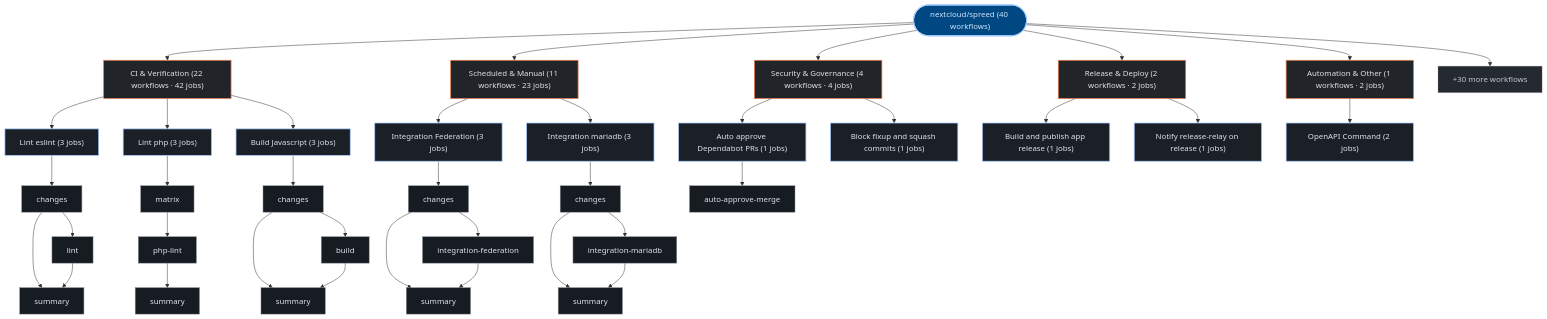
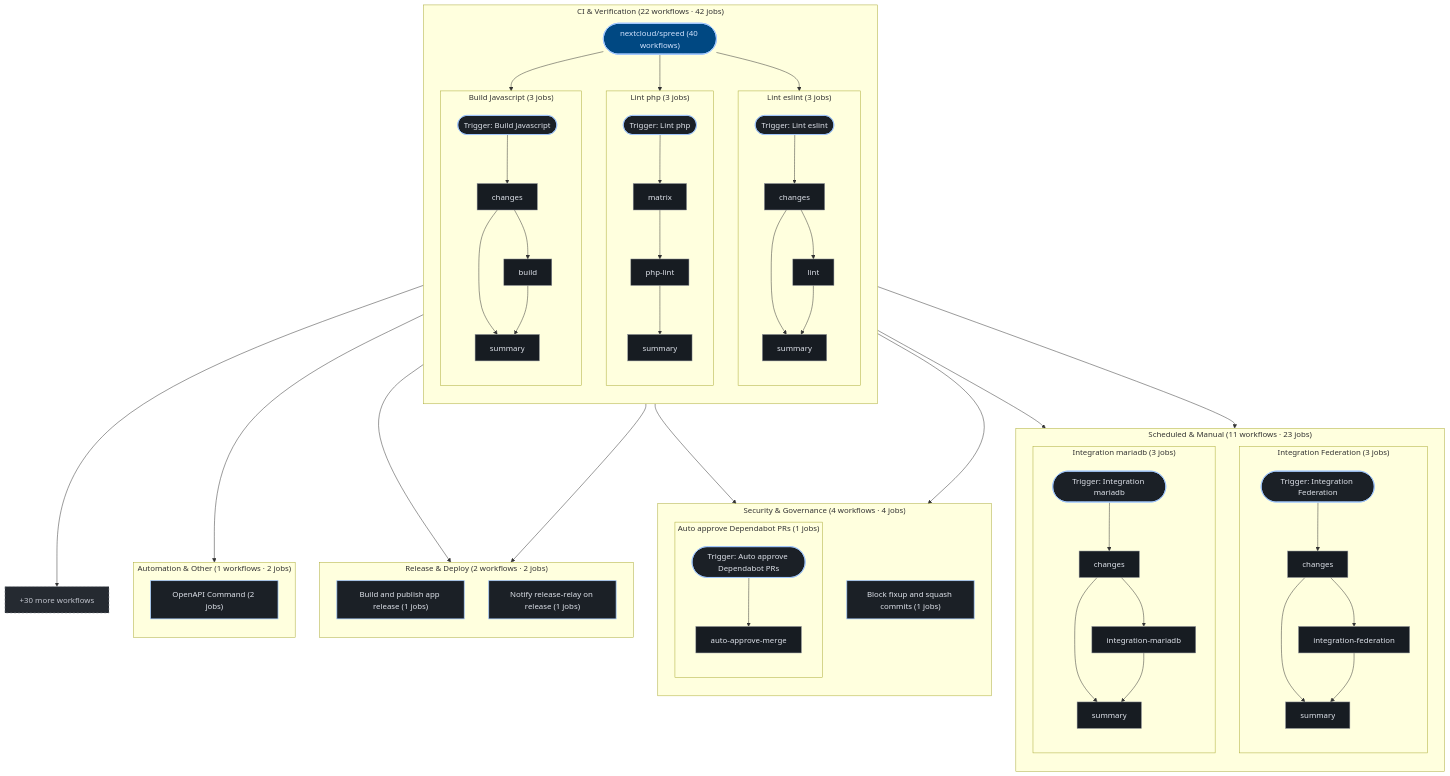
Before and after one commit to kumarshaz/atruss-code-atlas: the second of 2 diagrams in exports/latest/reports/nextcloud-spreed-report.md, drawn with Mermaid. The commit also changed 181 other files, not shown here.

````diff
--- a/exports/latest/reports/nextcloud-spreed-report.md
+++ b/exports/latest/reports/nextcloud-spreed-report.md
@@ -204,72 +204,95 @@
   classDef atlasAlert fill:#93000a,stroke:#ffb4ab,stroke-width:1.5px,color:#ffdad6
   classDef atlasMore fill:#252a31,stroke:#8d9199,stroke-dasharray:4 4,color:#c3c6cf
   pipeline_root(["nextcloud/spreed (40 workflows)"]):::atlasRoot
-  grp_0_CI___Verification["CI & Verification (22 workflows · 42 jobs)"]:::atlasCategory
-  pipeline_root --> grp_0_CI___Verification
-  wf_13_Lint_eslint["Lint eslint (3 jobs)"]:::atlasWorkflow
-  grp_0_CI___Verification --> wf_13_Lint_eslint
-  job_13_changes["changes"]:::atlasJob
-  job_13_lint["lint"]:::atlasJob
-  job_13_summary["summary"]:::atlasJob
-  wf_13_Lint_eslint --> job_13_changes
-  job_13_changes --> job_13_lint
-  job_13_changes --> job_13_summary
-  job_13_lint --> job_13_summary
-  wf_16_Lint_php["Lint php (3 jobs)"]:::atlasWorkflow
-  grp_0_CI___Verification --> wf_16_Lint_php
-  job_16_matrix["matrix"]:::atlasJob
-  job_16_php_lint["php-lint"]:::atlasJob
-  job_16_summary["summary"]:::atlasJob
-  wf_16_Lint_php --> job_16_matrix
-  job_16_matrix --> job_16_php_lint
-  job_16_php_lint --> job_16_summary
-  wf_22_Build_Javascript["Build Javascript (3 jobs)"]:::atlasWorkflow
-  grp_0_CI___Verification --> wf_22_Build_Javascript
-  job_22_changes["changes"]:::atlasJob
-  job_22_build["build"]:::atlasJob
-  job_22_summary["summary"]:::atlasJob
-  wf_22_Build_Javascript --> job_22_changes
-  job_22_changes --> job_22_build
-  job_22_changes --> job_22_summary
-  job_22_build --> job_22_summary
-  grp_1_Scheduled___Manual["Scheduled & Manual (11 workflows · 23 jobs)"]:::atlasCategory
-  pipeline_root --> grp_1_Scheduled___Manual
-  wf_6_Integration_Federation["Integration Federation (3 jobs)"]:::atlasWorkflow
-  grp_1_Scheduled___Manual --> wf_6_Integration_Federation
-  job_6_changes["changes"]:::atlasJob
-  job_6_integration_federation["integration-federation"]:::atlasJob
-  job_6_summary["summary"]:::atlasJob
-  wf_6_Integration_Federation --> job_6_changes
-  job_6_changes --> job_6_integration_federation
-  job_6_changes --> job_6_summary
-  job_6_integration_federation --> job_6_summary
-  wf_7_Integration_mariadb["Integration mariadb (3 jobs)"]:::atlasWorkflow
-  grp_1_Scheduled___Manual --> wf_7_Integration_mariadb
-  job_7_changes["changes"]:::atlasJob
-  job_7_integration_mariadb["integration-mariadb"]:::atlasJob
-  job_7_summary["summary"]:::atlasJob
-  wf_7_Integration_mariadb --> job_7_changes
-  job_7_changes --> job_7_integration_mariadb
-  job_7_changes --> job_7_summary
-  job_7_integration_mariadb --> job_7_summary
-  grp_2_Security___Governance["Security & Governance (4 workflows · 4 jobs)"]:::atlasCategory
-  pipeline_root --> grp_2_Security___Governance
-  wf_4_Auto_approve_Dependabot_PRs["Auto approve Dependabot PRs (1 jobs)"]:::atlasWorkflow
-  grp_2_Security___Governance --> wf_4_Auto_approve_Dependabot_PRs
-  job_4_auto_approve_merge["auto-approve-merge"]:::atlasJob
-  wf_4_Auto_approve_Dependabot_PRs --> job_4_auto_approve_merge
-  wf_5_Block_fixup_and_squash_commits["Block fixup and squash commits (1 jobs)"]:::atlasWorkflow
-  grp_2_Security___Governance --> wf_5_Block_fixup_and_squash_commits
-  grp_3_Release___Deploy["Release & Deploy (2 workflows · 2 jobs)"]:::atlasCategory
-  pipeline_root --> grp_3_Release___Deploy
-  wf_1_Build_and_publish_app_release["Build and publish app release (1 jobs)"]:::atlasWorkflow
-  grp_3_Release___Deploy --> wf_1_Build_and_publish_app_release
-  wf_34_Notify_release_relay_on_release["Notify release-relay on release (1 jobs)"]:::atlasWorkflow
-  grp_3_Release___Deploy --> wf_34_Notify_release_relay_on_release
-  grp_4_Automation___Other["Automation & Other (1 workflows · 2 jobs)"]:::atlasCategory
-  pipeline_root --> grp_4_Automation___Other
-  wf_3_OpenAPI_Command["OpenAPI Command (2 jobs)"]:::atlasWorkflow
-  grp_4_Automation___Other --> wf_3_OpenAPI_Command
+  subgraph sg_grp_0_CI___Verification["CI & Verification (22 workflows · 42 jobs)"]
+    direction TB
+    subgraph sg_wf_13_Lint_eslint["Lint eslint (3 jobs)"]
+      direction TB
+      wf_13_Lint_eslint(["Trigger: Lint eslint"]):::atlasWorkflow
+      job_13_changes["changes"]:::atlasJob
+      job_13_lint["lint"]:::atlasJob
+      job_13_summary["summary"]:::atlasJob
+      wf_13_Lint_eslint --> job_13_changes
+      job_13_changes --> job_13_lint
+      job_13_changes --> job_13_summary
+      job_13_lint --> job_13_summary
+    end
+    pipeline_root --> wf_13_Lint_eslint
+    subgraph sg_wf_16_Lint_php["Lint php (3 jobs)"]
+      direction TB
+      wf_16_Lint_php(["Trigger: Lint php"]):::atlasWorkflow
+      job_16_matrix["matrix"]:::atlasJob
+      job_16_php_lint["php-lint"]:::atlasJob
+      job_16_summary["summary"]:::atlasJob
+      wf_16_Lint_php --> job_16_matrix
+      job_16_matrix --> job_16_php_lint
+      job_16_php_lint --> job_16_summary
+    end
+    pipeline_root --> wf_16_Lint_php
+    subgraph sg_wf_22_Build_Javascript["Build Javascript (3 jobs)"]
+      direction TB
+      wf_22_Build_Javascript(["Trigger: Build Javascript"]):::atlasWorkflow
+      job_22_changes["changes"]:::atlasJob
+      job_22_build["build"]:::atlasJob
+      job_22_summary["summary"]:::atlasJob
+      wf_22_Build_Javascript --> job_22_changes
+      job_22_changes --> job_22_build
+      job_22_changes --> job_22_summary
+      job_22_build --> job_22_summary
+    end
+    pipeline_root --> wf_22_Build_Javascript
+  end
+  subgraph sg_grp_1_Scheduled___Manual["Scheduled & Manual (11 workflows · 23 jobs)"]
+    direction TB
+    subgraph sg_wf_6_Integration_Federation["Integration Federation (3 jobs)"]
+      direction TB
+      wf_6_Integration_Federation(["Trigger: Integration Federation"]):::atlasWorkflow
+      job_6_changes["changes"]:::atlasJob
+      job_6_integration_federation["integration-federation"]:::atlasJob
+      job_6_summary["summary"]:::atlasJob
+      wf_6_Integration_Federation --> job_6_changes
+      job_6_changes --> job_6_integration_federation
+      job_6_changes --> job_6_summary
+      job_6_integration_federation --> job_6_summary
+    end
+    pipeline_root --> wf_6_Integration_Federation
+    subgraph sg_wf_7_Integration_mariadb["Integration mariadb (3 jobs)"]
+      direction TB
+      wf_7_Integration_mariadb(["Trigger: Integration mariadb"]):::atlasWorkflow
+      job_7_changes["changes"]:::atlasJob
+      job_7_integration_mariadb["integration-mariadb"]:::atlasJob
+      job_7_summary["summary"]:::atlasJob
+      wf_7_Integration_mariadb --> job_7_changes
+      job_7_changes --> job_7_integration_mariadb
+      job_7_changes --> job_7_summary
+      job_7_integration_mariadb --> job_7_summary
+    end
+    pipeline_root --> wf_7_Integration_mariadb
+  end
+  subgraph sg_grp_2_Security___Governance["Security & Governance (4 workflows · 4 jobs)"]
+    direction TB
+    subgraph sg_wf_4_Auto_approve_Dependabot_PRs["Auto approve Dependabot PRs (1 jobs)"]
+      direction TB
+      wf_4_Auto_approve_Dependabot_PRs(["Trigger: Auto approve Dependabot PRs"]):::atlasWorkflow
+      job_4_auto_approve_merge["auto-approve-merge"]:::atlasJob
+      wf_4_Auto_approve_Dependabot_PRs --> job_4_auto_approve_merge
+    end
+    pipeline_root --> wf_4_Auto_approve_Dependabot_PRs
+    wf_5_Block_fixup_and_squash_commits["Block fixup and squash commits (1 jobs)"]:::atlasWorkflow
+    pipeline_root --> wf_5_Block_fixup_and_squash_commits
+  end
+  subgraph sg_grp_3_Release___Deploy["Release & Deploy (2 workflows · 2 jobs)"]
+    direction TB
+    wf_1_Build_and_publish_app_release["Build and publish app release (1 jobs)"]:::atlasWorkflow
+    pipeline_root --> wf_1_Build_and_publish_app_release
+    wf_34_Notify_release_relay_on_release["Notify release-relay on release (1 jobs)"]:::atlasWorkflow
+    pipeline_root --> wf_34_Notify_release_relay_on_release
+  end
+  subgraph sg_grp_4_Automation___Other["Automation & Other (1 workflows · 2 jobs)"]
+    direction TB
+    wf_3_OpenAPI_Command["OpenAPI Command (2 jobs)"]:::atlasWorkflow
+    pipeline_root --> wf_3_OpenAPI_Command
+  end
   wf_more["+30 more workflows"]:::atlasMore
   pipeline_root --> wf_more
 ```
````
